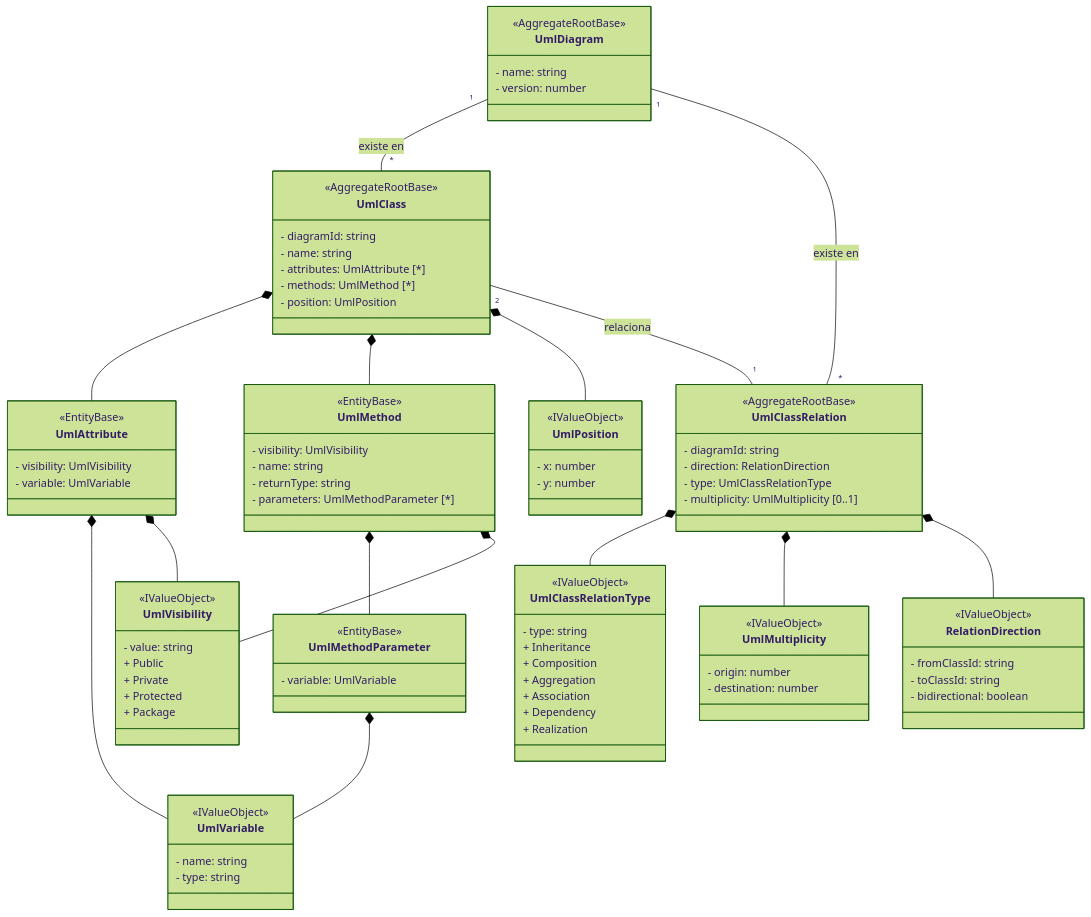
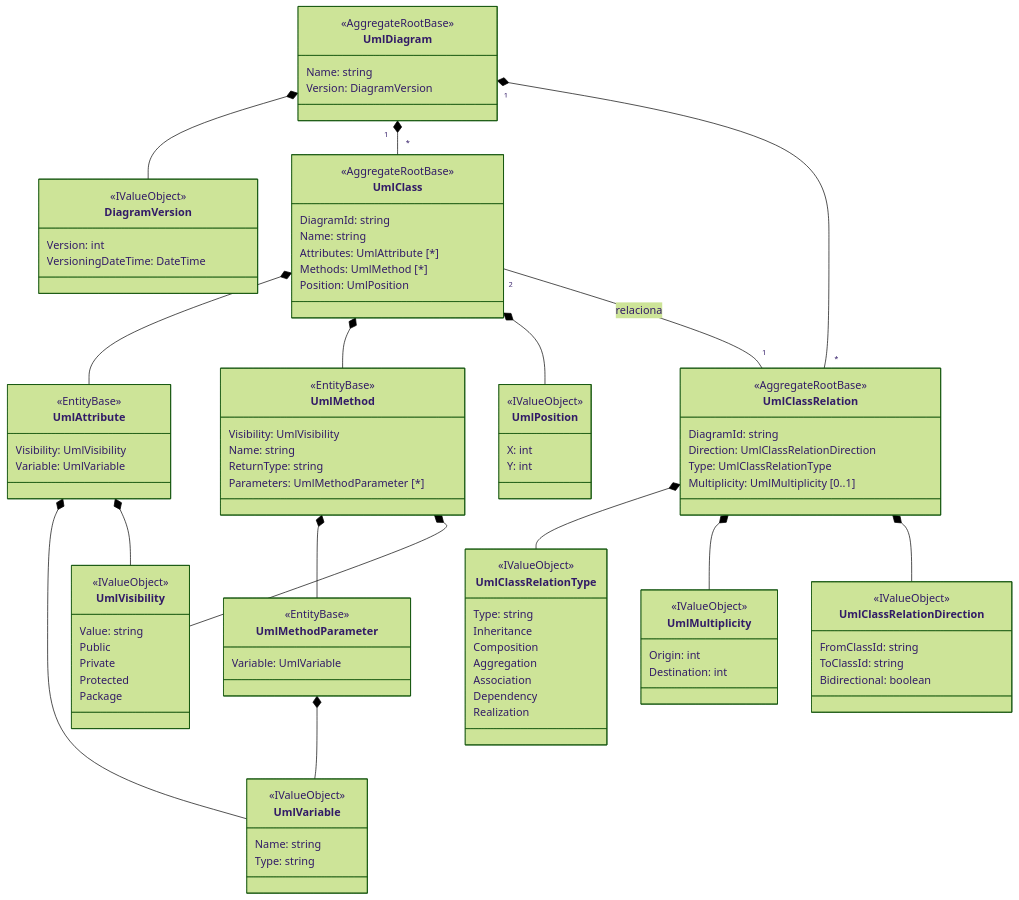
One commit to rogerrocaarano/BloomUml changed the diagram in DiagramPersistenceService/docs/domain.mmd. Above: the diagram before and after it, drawn with Mermaid (forest theme).

Commit message:
refactor: update UML class properties to follow PascalCase naming convention

```diff
--- a/DiagramPersistenceService/docs/domain.mmd
+++ b/DiagramPersistenceService/docs/domain.mmd
@@ -1,107 +1,114 @@
 classDiagram
   direction BT
 
   class UmlDiagram {
     <<AggregateRootBase>>
-    - name: string
-    - version: number
+    Name: string
+    Version: DiagramVersion
   }
+  DiagramVersion --* UmlDiagram
+  UmlClass "*"--*"1" UmlDiagram
+  UmlClassRelation "*"--*"1" UmlDiagram
 
   class UmlClass {
     <<AggregateRootBase>>
-    - diagramId: string
-    - name: string
-    - attributes: UmlAttribute [*]
-    - methods: UmlMethod [*]
-    - position: UmlPosition
+    DiagramId: string
+    Name: string
+    Attributes: UmlAttribute [*]
+    Methods: UmlMethod [*]
+    Position: UmlPosition
   }
-  UmlClass "*"--"1" UmlDiagram: existe en
 
   UmlAttribute --* UmlClass
   UmlMethod --* UmlClass
   UmlPosition --* UmlClass
 
 
   class UmlClassRelation {
     <<AggregateRootBase>>
-    - diagramId: string
-    - direction: RelationDirection
-    - type: UmlClassRelationType
-    - multiplicity: UmlMultiplicity [0..1]
+    DiagramId: string
+    Direction: UmlClassRelationDirection
+    Type: UmlClassRelationType
+    Multiplicity: UmlMultiplicity [0..1]
   }
-  UmlClassRelation "*"--"1" UmlDiagram: existe en
   UmlClassRelation "1"--"2" UmlClass: relaciona
 
   UmlClassRelationType --* UmlClassRelation
   UmlMultiplicity --* UmlClassRelation
-  RelationDirection --* UmlClassRelation
+  UmlClassRelationDirection --* UmlClassRelation
 
   class UmlPosition {
     <<IValueObject>>
-    - x: number
-    - y: number
+    X: int
+    Y: int
   }
 
   class UmlAttribute {
     <<EntityBase>>
-    - visibility: UmlVisibility
-    - variable: UmlVariable
+    Visibility: UmlVisibility
+    Variable: UmlVariable
   }
   UmlVariable --* UmlAttribute
   UmlVisibility --* UmlAttribute
 
   class UmlVisibility {
     <<IValueObject>>
-    - value: string
-    + Public
-    + Private
-    + Protected
-    + Package
+    Value: string
+    Public
+    Private
+    Protected
+    Package
   }
 
   class UmlVariable {
     <<IValueObject>>
-    - name: string
-    - type: string
+    Name: string
+    Type: string
   }
 
   class UmlMethod {
     <<EntityBase>>
-    - visibility: UmlVisibility
-    - name: string
-    - returnType: string
-    - parameters: UmlMethodParameter [*]
+    Visibility: UmlVisibility
+    Name: string
+    ReturnType: string
+    Parameters: UmlMethodParameter [*]
   }
   UmlMethodParameter --* UmlMethod
   UmlVisibility --* UmlMethod
 
   class UmlMethodParameter {
     <<EntityBase>>
-    - variable: UmlVariable
+    Variable: UmlVariable
   }
   UmlVariable --* UmlMethodParameter
 
 
   class UmlMultiplicity {
     <<IValueObject>>
-    - origin: number
-    - destination: number
+    Origin: int
+    Destination: int
   }
 
   class UmlClassRelationType {
     <<IValueObject>>
-    - type: string
-    + Inheritance
-    + Composition
-    + Aggregation
-    + Association
-    + Dependency
-    + Realization
+    Type: string
+    Inheritance
+    Composition
+    Aggregation
+    Association
+    Dependency
+    Realization
   }
 
-  class RelationDirection {
+  class UmlClassRelationDirection {
     <<IValueObject>>
-    - fromClassId: string
-    - toClassId: string
-    - bidirectional: boolean
+    FromClassId: string
+    ToClassId: string
+    Bidirectional: boolean
   }
+
+  class DiagramVersion {
+    <<IValueObject>>
+    Version: int
+    VersioningDateTime: DateTime
+  }
```
